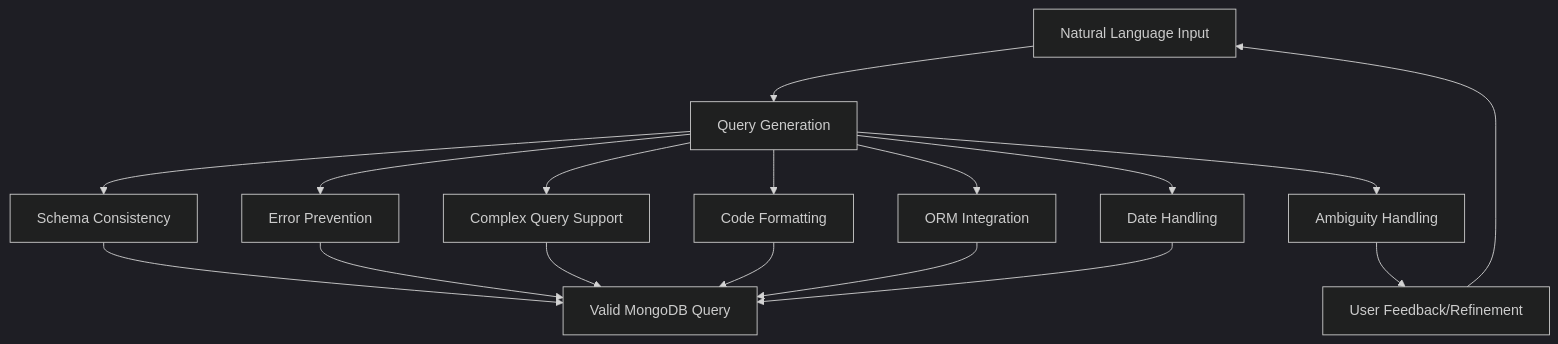
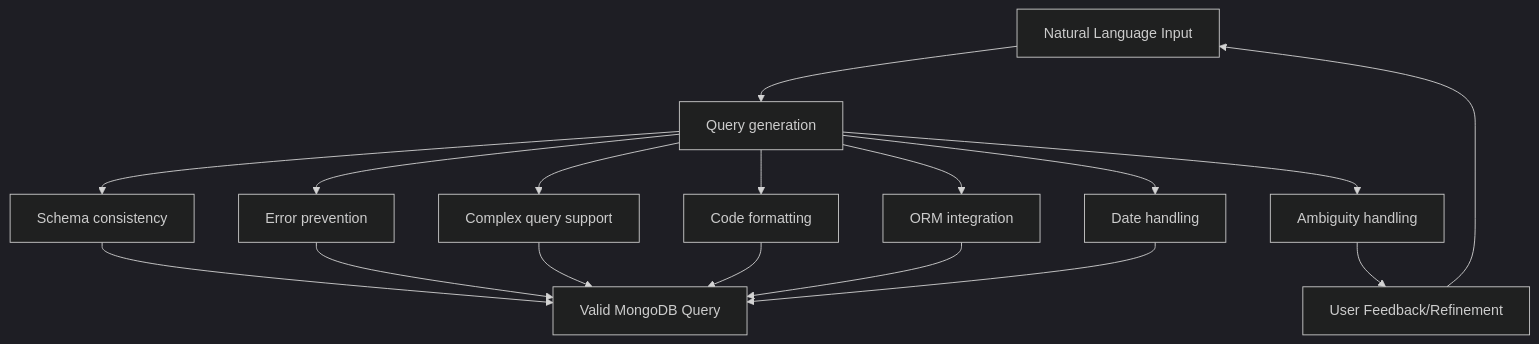
Before and after one commit to tuanddd/research: the second of 3 diagrams in topics/llm/text-to-mongodb.md, drawn with Mermaid (dark theme). The commit also changed other lines of this file and 1007 other files, not shown here.

````diff
--- a/topics/llm/text-to-mongodb.md
+++ b/topics/llm/text-to-mongodb.md
@@ -99,19 +99,19 @@
 ```mermaid
 graph TD
-    A[Natural Language Input] --> B[Query Generation]
-    B --> C[Schema Consistency]
-    B --> D[Error Prevention]
-    B --> E[Complex Query Support]
-    B --> F[Code Formatting]
-    B --> G[Ambiguity Handling]
-    B --> H[ORM Integration]
-    B --> I[Date Handling]
+    A[Natural Language Input] --> B[Query generation]
+    B --> C[Schema consistency]
+    B --> D[Error prevention]
+    B --> E[Complex query support]
+    B --> F[Code formatting]
+    B --> G[Ambiguity handling]
+    B --> H[ORM integration]
+    B --> I[Date handling]
     C --> J[Valid MongoDB Query]
     D --> J
     E --> J
     F --> J
     G --> K[User Feedback/Refinement]
     K --> A
     H --> J
     I --> J
 ```
````
